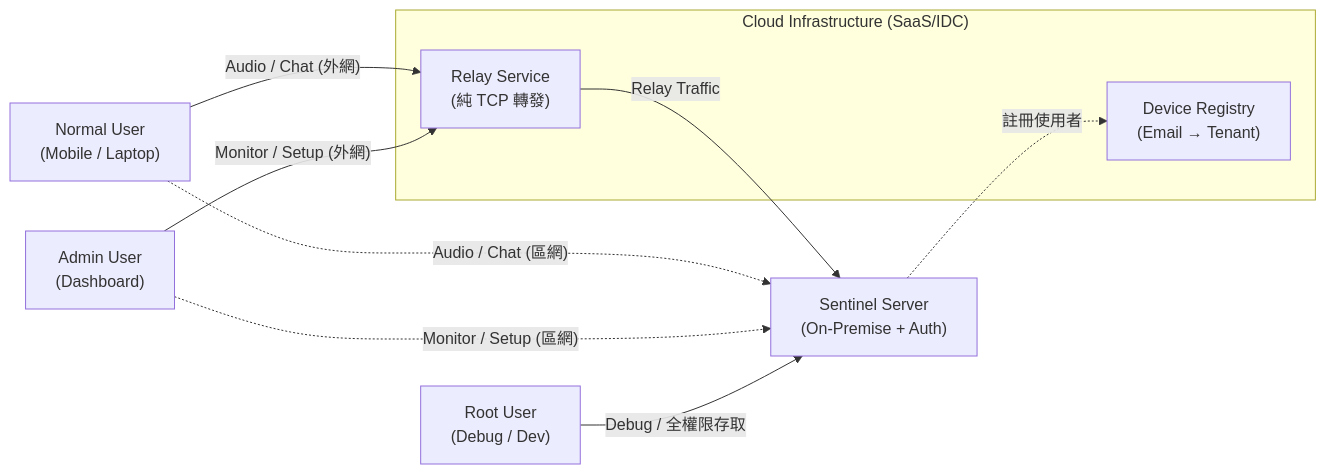
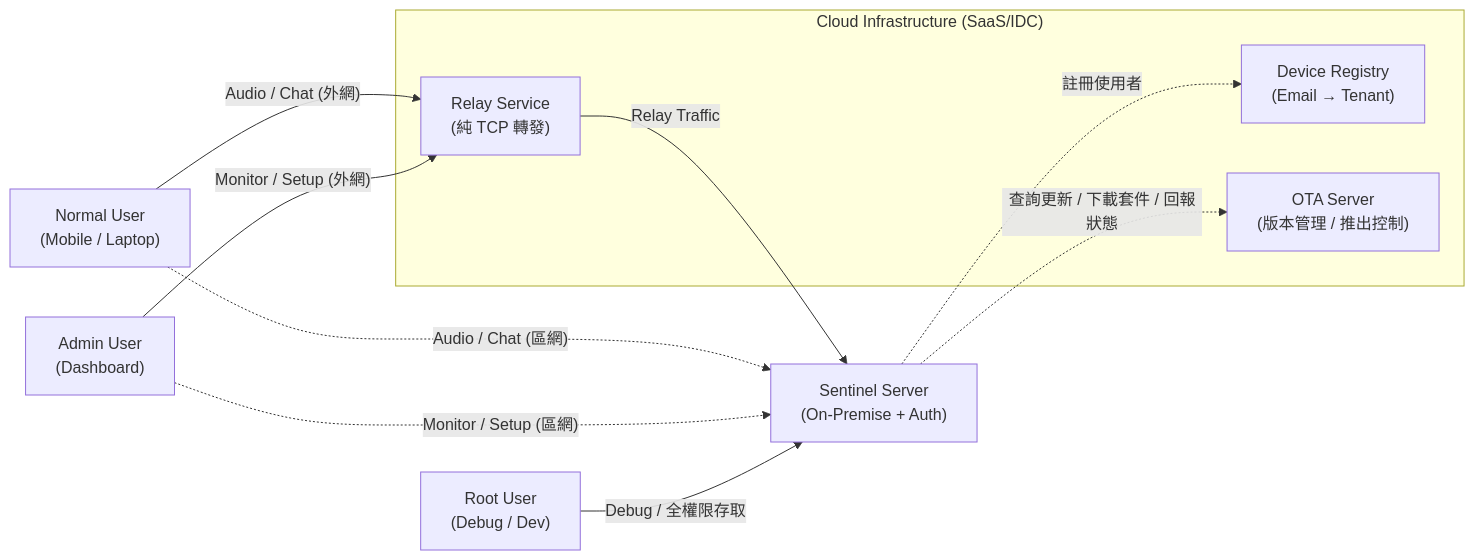
The diagram in contextDiagram.mmd (marychoucool/sentinelDesign), drawn with Mermaid before and after one commit. The commit also changed 5 other files, not shown here.

```diff
--- a/contextDiagram.mmd
+++ b/contextDiagram.mmd
@@ -1,29 +1,33 @@
 flowchart LR
     %% ===== Users =====
     NormalUser["Normal User<br>(Mobile / Laptop)"]
     AdminUser["Admin User<br>(Dashboard)"]
     RootUser["Root User<br>(Debug / Dev)"]
 
     %% ===== External Cloud Systems =====
     subgraph Cloud ["Cloud Infrastructure (SaaS/IDC)"]
         RelayService["Relay Service<br>(純 TCP 轉發)"]
         DeviceRegistry["Device Registry<br>(Email → Tenant)"]
+        OTAServer["OTA Server<br>(版本管理 / 推出控制)"]
     end
 
     %% ===== On-Premise System =====
     SentinelServer["Sentinel Server<br>(On-Premise + Auth)"]
 
     %% ===== User → Relay → Server (Data flows) =====
     NormalUser -->|"Audio / Chat (外網)"| RelayService
     RelayService -->|"Relay Traffic"| SentinelServer
     AdminUser -->|"Monitor / Setup (外網)"| RelayService
 
     %% ===== Direct LAN Access =====
     NormalUser -.->|"Audio / Chat (區網)"| SentinelServer
     AdminUser -.->|"Monitor / Setup (區網)"| SentinelServer
 
     %% ===== Sentinel → Device Registry =====
     SentinelServer -.->|"註冊使用者"| DeviceRegistry
 
+    %% ===== Sentinel → OTA Server =====
+    SentinelServer -.->|"查詢更新 / 下載套件 / 回報狀態"| OTAServer
+
     %% ===== Root User Direct =====
     RootUser -->|"Debug / 全權限存取"| SentinelServer
```
